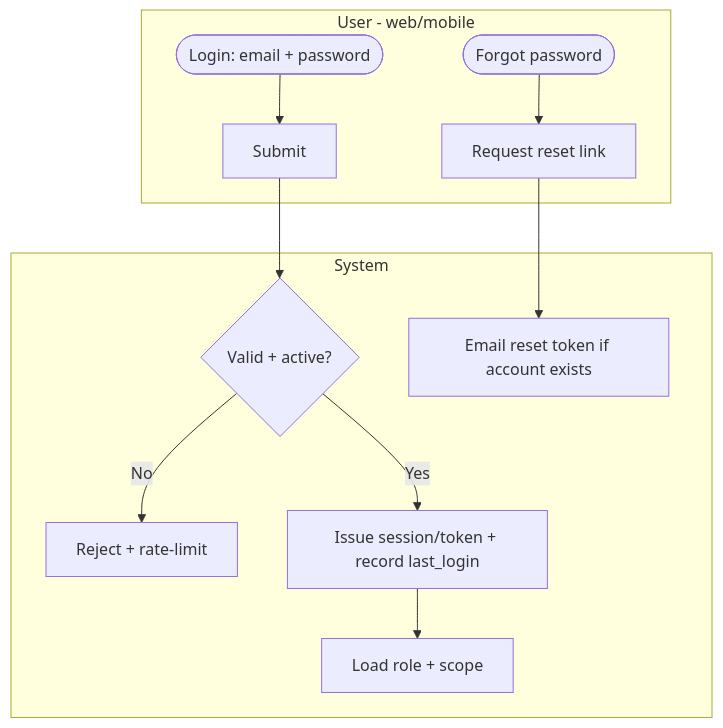
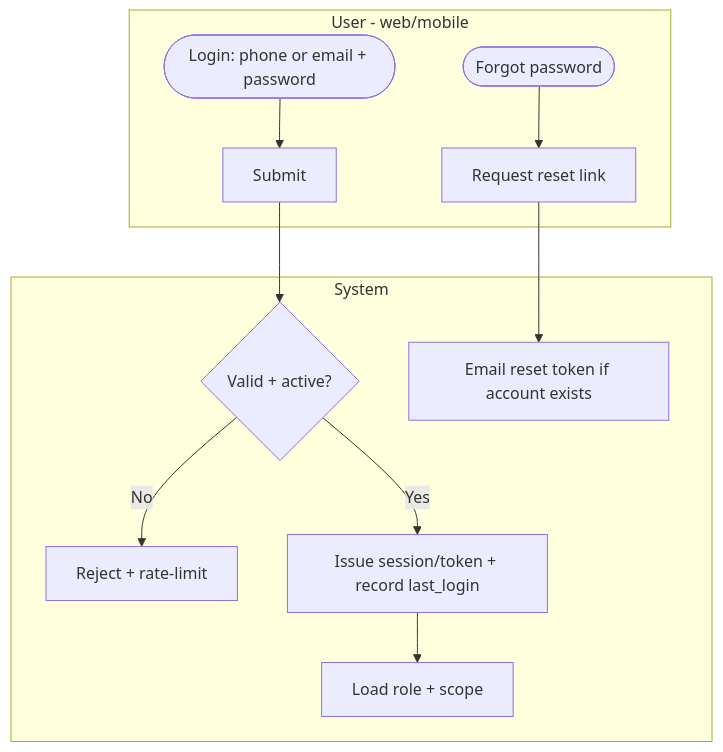
The second of 5 diagrams in docs/epics/E1-foundations/FEATURE.md (hariszaki17/hris-outsource), drawn with Mermaid before and after one commit. The commit also changed other lines of this file and 94 other files, not shown here.

````diff
--- a/docs/epics/E1-foundations/FEATURE.md
+++ b/docs/epics/E1-foundations/FEATURE.md
@@ -92,14 +93,14 @@
 ```mermaid
 flowchart TD
     subgraph U[User - web/mobile]
-        A1([Login: email + password]) --> A2[Submit]
+        A1([Login: phone or email + password]) --> A2[Submit]
         A5([Forgot password]) --> A6[Request reset link]
     end
     subgraph SYS[System]
         A2 --> S1{Valid + active?}
         S1 -- No --> S2[Reject + rate-limit]
         S1 -- Yes --> S3[Issue session/token + record last_login]
         S3 --> S4[Load role + scope]
         A6 --> S5[Email reset token if account exists]
     end
 ```
````
